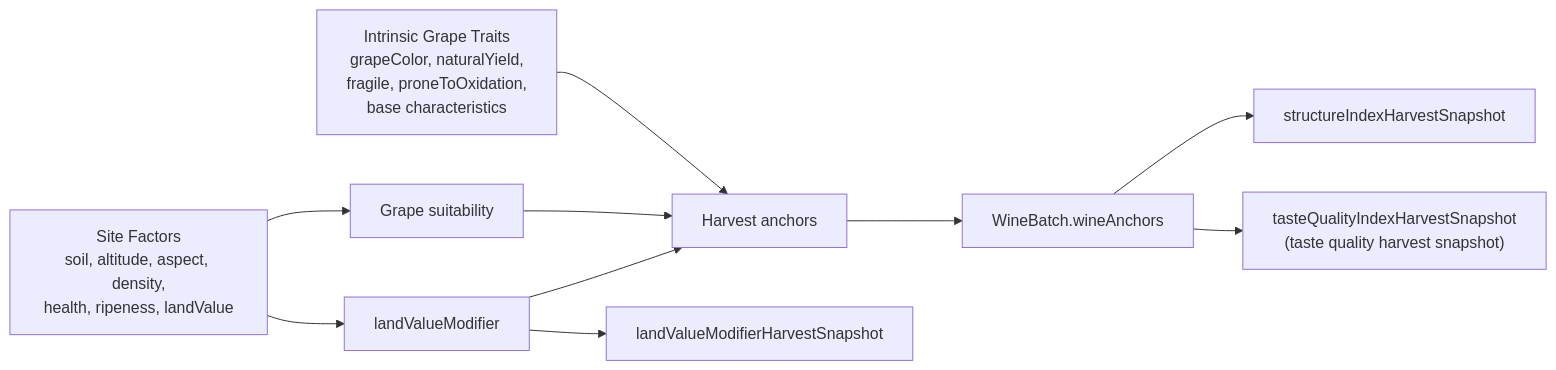
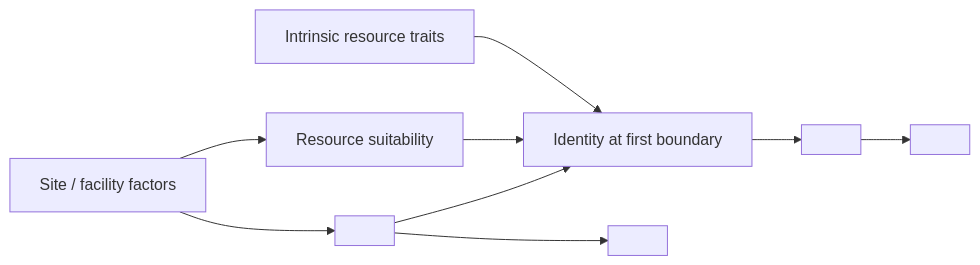
Before and after one commit to gram12321/protoproduction: the second of 10 diagrams in docs/VariableRelationshipMap.md, drawn with Mermaid. The commit also changed other lines of this file and 15 other files, not shown here.

````diff
--- a/docs/VariableRelationshipMap.md
+++ b/docs/VariableRelationshipMap.md
@@ -89,12 +98,11 @@
 ```mermaid
 flowchart LR
-  SF["Site Factors\nsoil, altitude, aspect, density,\nhealth, ripeness, landValue"] --> LVM["landValueModifier"]
-  SF --> SUIT["Grape suitability"]
-  IGT["Intrinsic Grape Traits\ngrapeColor, naturalYield,\nfragile, proneToOxidation,\nbase characteristics"] --> HA["Harvest anchors"]
-  SUIT --> HA
-  LVM --> HA
-  HA --> WB["WineBatch.wineAnchors"]
-  LVM --> LVMH["landValueModifierHarvestSnapshot"]
-  WB --> SIH["structureIndexHarvestSnapshot"]
-  WB --> TQH["tasteQualityIndexHarvestSnapshot\n(taste quality harvest snapshot)"]
+  SF["Site / facility factors\n<location, terrain, capacity, health>"] --> SMOD["<siteModifier>"]
+  SF --> SUIT["Resource suitability"]
+  IRT["Intrinsic resource traits\n<yield, risk, base profile>"] --> ID["Identity at first boundary"]
+  SUIT --> ID
+  SMOD --> ID
+  ID --> BATCH["<inventoryRecord.identity>"]
+  SMOD --> SNAP1["<siteModifierSnapshot@boundary1>"]
+  BATCH --> SNAP2["<qualitySnapshot@boundary1>"]
 ```
````
